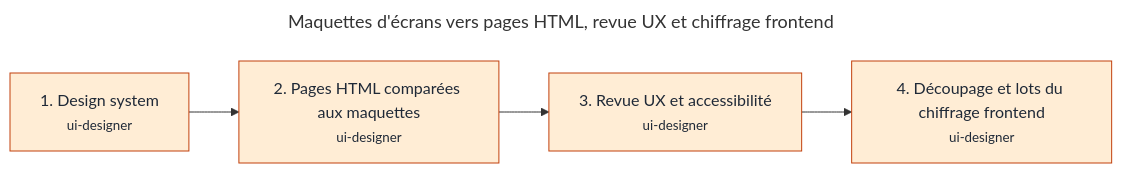
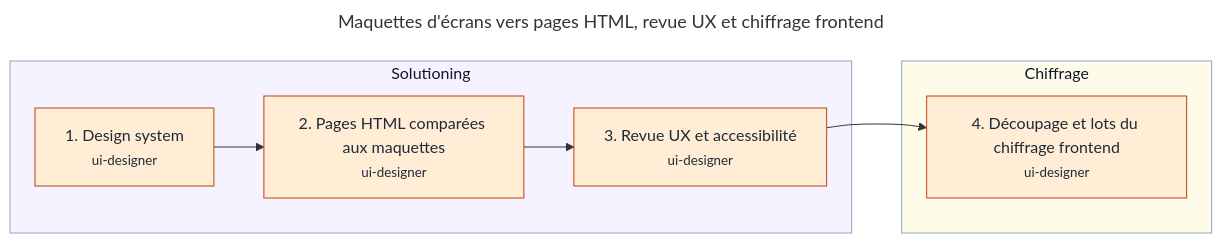
The diagram in docs/workflows/maquettes.md (RenaudVanhille/myskills), drawn with Mermaid before and after one commit. The commit also changed other lines of this file and 35 other files, not shown here.

````diff
--- a/docs/workflows/maquettes.md
+++ b/docs/workflows/maquettes.md
@@ -18,17 +18,24 @@
 ```mermaid
 ---
 title: "Maquettes d'écrans vers pages HTML, revue UX et chiffrage frontend"
 ---
 flowchart LR
-  s_design_system["1. Design system<br/><small>ui-designer</small>"]
-  s_pages["2. Pages HTML comparées aux maquettes<br/><small>ui-designer</small>"]
-  s_ux["3. Revue UX et accessibilité<br/><small>ui-designer</small>"]
-  s_decoupage["4. Découpage et lots du chiffrage frontend<br/><small>ui-designer</small>"]
+  subgraph z_solutioning["Solutioning"]
+    s_design_system["1. Design system<br/><small>ui-designer</small>"]
+    s_pages["2. Pages HTML comparées aux maquettes<br/><small>ui-designer</small>"]
+    s_ux["3. Revue UX et accessibilité<br/><small>ui-designer</small>"]
+  end
+  style z_solutioning fill:#f5f3ff,stroke:#94a3b8,color:#0f172a
+  subgraph z_chiffrage["Chiffrage"]
+    s_decoupage["4. Découpage et lots du chiffrage frontend<br/><small>ui-designer</small>"]
+  end
+  style z_chiffrage fill:#fefce8,stroke:#94a3b8,color:#0f172a
   s_design_system --> s_pages
   s_pages --> s_ux
   s_ux --> s_decoupage
+  s_ux ~~~ s_decoupage
   classDef moteur fill:#dbeafe,stroke:#1d4ed8,color:#1f2937
   classDef agent fill:#ffedd5,stroke:#c2410c,color:#1f2937
   classDef facultative stroke-dasharray:5 5
   class s_design_system,s_pages,s_ux,s_decoupage agent
 ```
````
